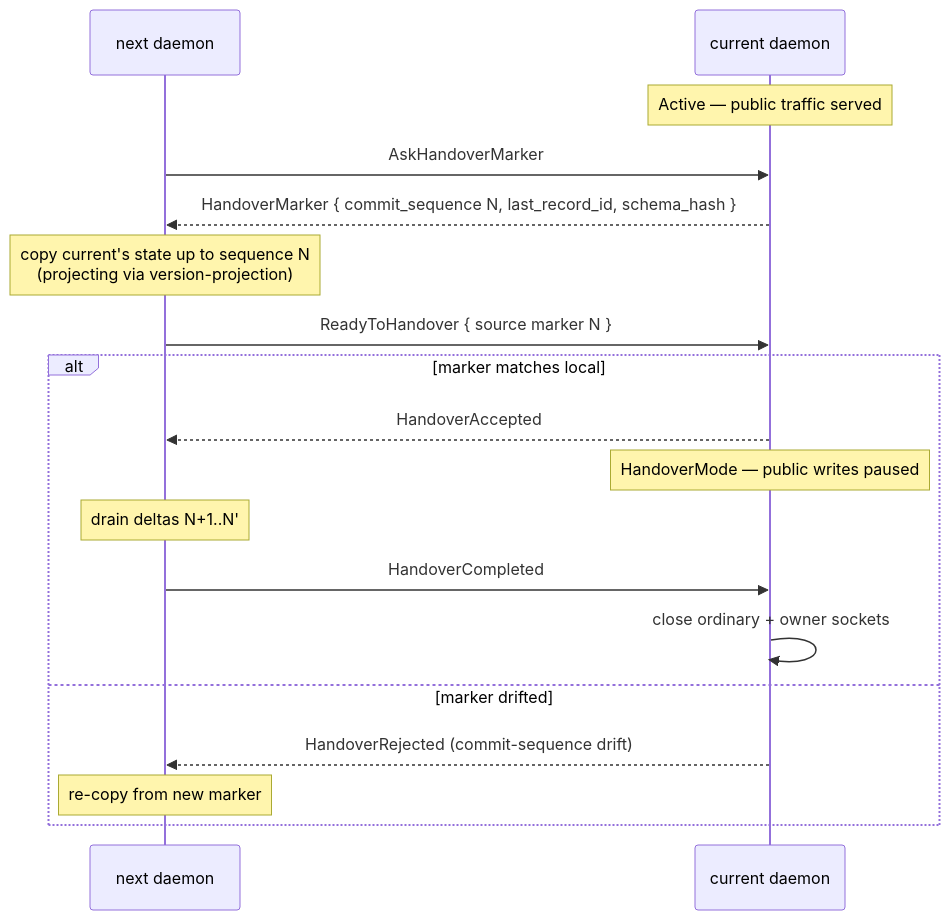
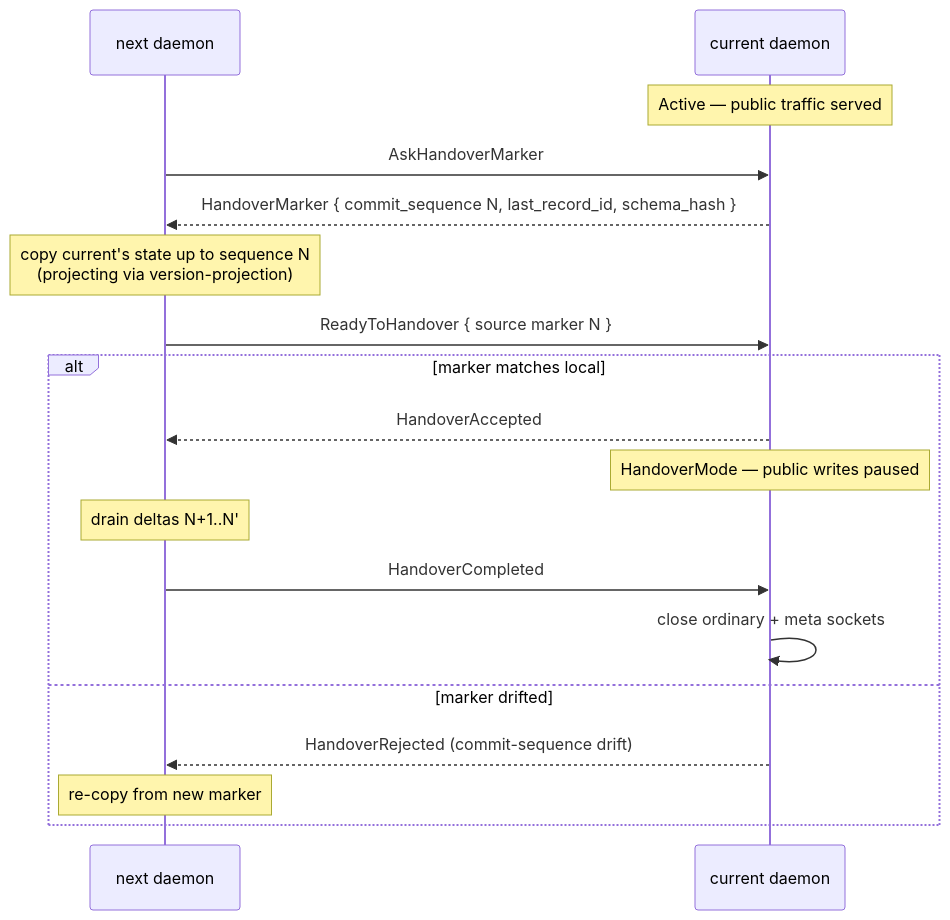
The first of 3 diagrams in ARCHITECTURE.md (LiGoldragon/signal-version-handover), drawn with Mermaid before and after one commit. The commit also changed other lines of this file and 1 other file, not shown here.

Commit message:
signal-version-handover: reference meta authority contract

````diff
--- a/ARCHITECTURE.md
+++ b/ARCHITECTURE.md
@@ -54,21 +54,21 @@
 ```mermaid
 sequenceDiagram
     participant Next as next daemon
     participant Current as current daemon
 
     Note over Current: Active — public traffic served
     Next->>Current: AskHandoverMarker
     Current-->>Next: HandoverMarker { commit_sequence N, last_record_id, schema_hash }
     Note over Next: copy current's state up to sequence N<br/>(projecting via version-projection)
     Next->>Current: ReadyToHandover { source marker N }
     alt marker matches local
         Current-->>Next: HandoverAccepted
         Note over Current: HandoverMode — public writes paused
         Note over Next: drain deltas N+1..N'
         Next->>Current: HandoverCompleted
-        Current->>Current: close ordinary + owner sockets
+        Current->>Current: close ordinary + meta sockets
     else marker drifted
         Current-->>Next: HandoverRejected (commit-sequence drift)
         Note over Next: re-copy from new marker
     end
 ```
````
